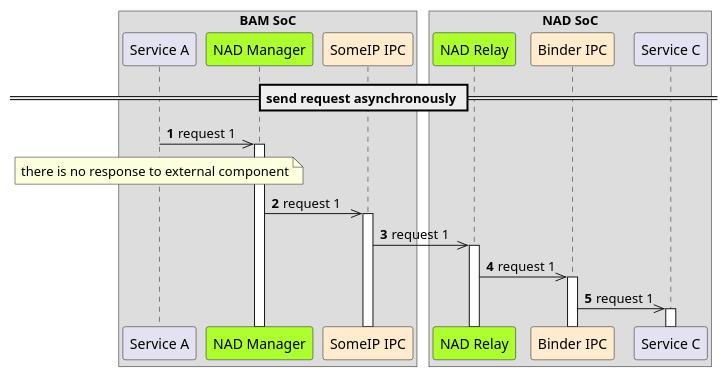
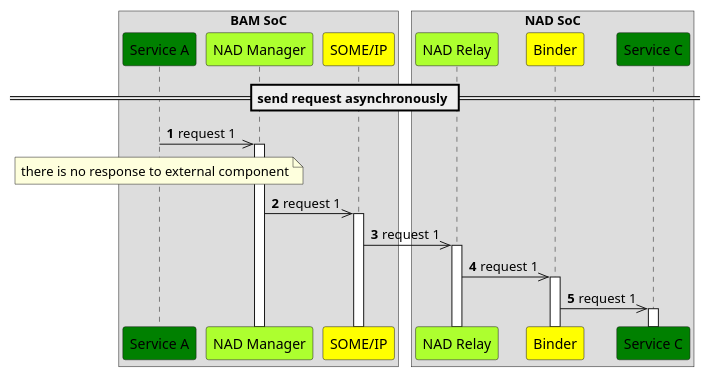
Before and after one commit to taikt/codefun: the diagram in doc/SA cert/Design/sequence_design/trace_response.wsd, drawn with PlantUML. The commit also changed 102 other files, not shown here.

```diff
--- a/doc/SA cert/Design/sequence_design/trace_response.wsd
+++ b/doc/SA cert/Design/sequence_design/trace_response.wsd
@@ -2,40 +2,39 @@
 @startuml
 !pragma teoz true
 autonumber
 autoactivate on
 
 
 box "BAM SoC"
-participant "Service A" as sa
+participant "Service A" as sa #Green
 
 participant "NAD Manager" as nadm #GreenYellow
-participant "SomeIP IPC" as sip #BlanchedAlmond
+participant "SOME/IP" as sip #Yellow
 end box
 
 box "NAD SoC"
 participant "NAD Relay" as nadp #GreenYellow
 
 
-participant "Binder IPC" as bind #BlanchedAlmond
+participant "Binder" as bind #Yellow
 
-participant "Service C" as sc
+participant "Service C" as sc #Green
 
 end box
 
 == send request asynchronously ==
 sa ->> nadm: request 1
-
 
 
 note over sa
 there is no response to external component
 end note
 
 nadm ->> sip: request 1
 sip ->> nadp: request 1
 nadp ->> bind: request 1
 bind ->> sc: request 1
 
 
 
 @enduml
```
